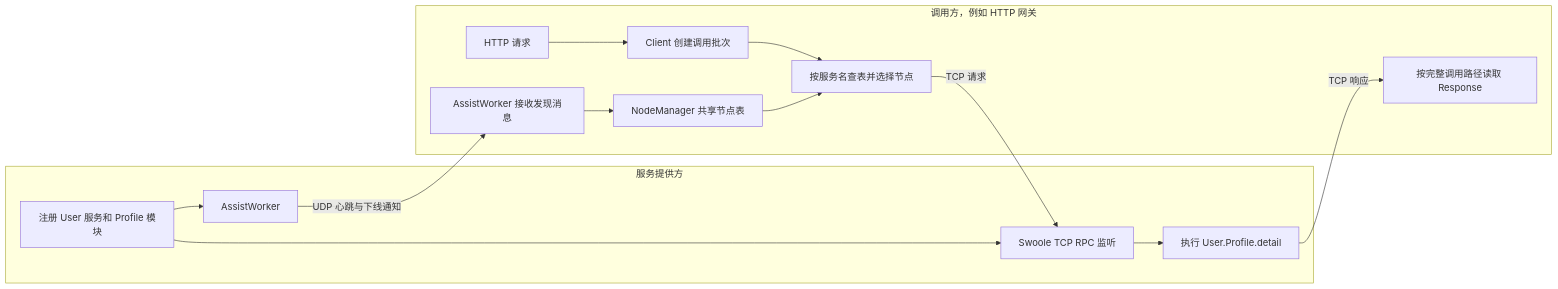
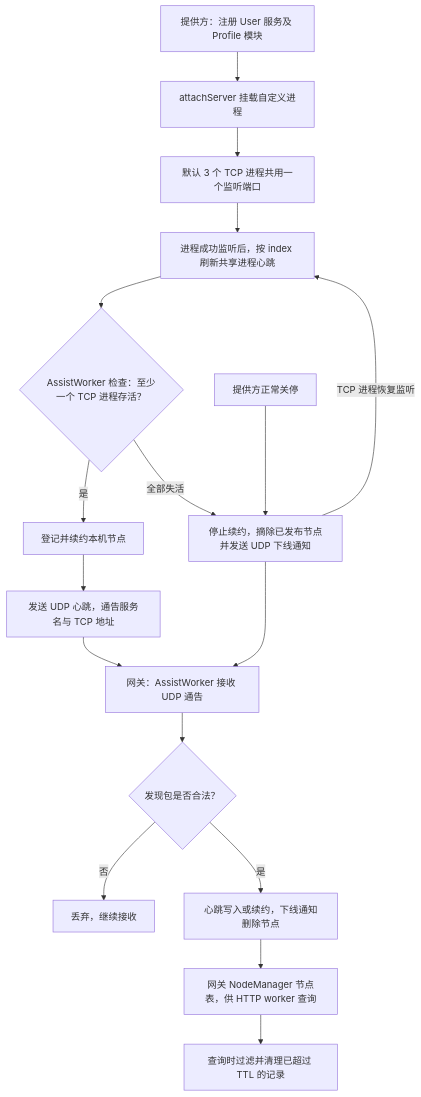
One commit to easy-swoole/rpc changed the first of 2 diagrams in README.md. Above: the diagram before and after it, drawn with Mermaid. The commit also changed other lines of this file, not shown here.

Commit message:
Expand vertical RPC flowcharts in README

````diff
--- a/README.md
+++ b/README.md
@@ -9,26 +13,20 @@
 ```mermaid
-flowchart LR
-    subgraph Provider["服务提供方"]
-        Register["注册 User 服务和 Profile 模块"]
-        ProviderWorker["AssistWorker"]
-        Listener["Swoole TCP RPC 监听"]
-        Action["执行 User.Profile.detail"]
-        Register --> ProviderWorker
-        Register --> Listener
-        Listener --> Action
-    end
-    subgraph Gateway["调用方，例如 HTTP 网关"]
-        Discovery["AssistWorker 接收发现消息"]
-        Table["NodeManager 共享节点表"]
-        Http["HTTP 请求"]
-        Batch["Client 创建调用批次"]
-        Select["按服务名查表并选择节点"]
-        Result["按完整调用路径读取 Response"]
-        Discovery --> Table
-        Http --> Batch --> Select
-        Table --> Select
-    end
-    ProviderWorker -->|UDP 心跳与下线通知| Discovery
-    Select -->|TCP 请求| Listener
-    Action -->|TCP 响应| Result
+flowchart TD
+    Register["提供方：注册 User 服务及 Profile 模块"] --> Attach["attachServer 挂载自定义进程"]
+    Attach --> Tcp["默认 3 个 TCP 进程共用一个监听端口"]
+    Tcp --> Ready["进程成功监听后，按 index 刷新共享进程心跳"]
+    Ready --> Health{"AssistWorker 检查：至少一个 TCP 进程存活？"}
+    Health -->|是| Online["登记并续约本机节点"]
+    Online --> Heartbeat["发送 UDP 心跳，通告服务名与 TCP 地址"]
+    Health -->|全部失活| Offline["停止续约，摘除已发布节点并发送 UDP 下线通知"]
+    Offline -->|TCP 进程恢复监听| Ready
+    Shutdown["提供方正常关停"] --> Offline
+
+    Heartbeat --> Receive["网关：AssistWorker 接收 UDP 通告"]
+    Offline --> Receive
+    Receive --> Verify{"发现包是否合法？"}
+    Verify -->|否| Discard["丢弃，继续接收"]
+    Verify -->|是| Update["心跳写入或续约，下线通知删除节点"]
+    Update --> Table["网关 NodeManager 节点表，供 HTTP worker 查询"]
+    Table --> Expiry["查询时过滤并清理已超过 TTL 的记录"]
 ```
````
